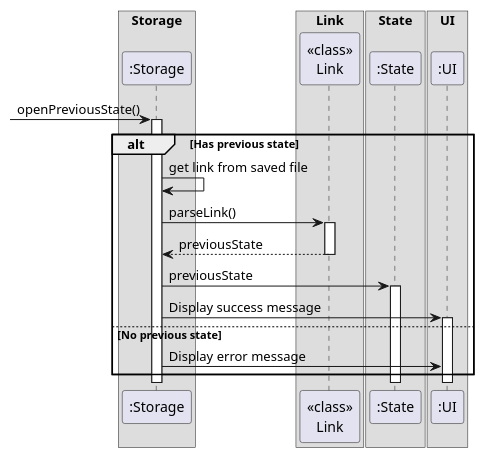
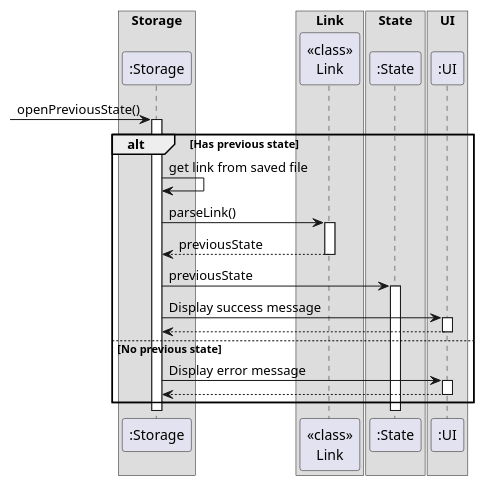
Before and after one commit to nus-cs2113-AY2223S1/tp: the diagram in docs/UMLdiagrams/storageOpenPreviousState.puml, drawn with PlantUML. The commit also changed 6 other files, not shown here.

Commit message:
Add more test and correct uml diagrams

```diff
--- a/docs/UMLdiagrams/storageOpenPreviousState.puml
+++ b/docs/UMLdiagrams/storageOpenPreviousState.puml
@@ -1,31 +1,34 @@
 @startuml
 'https://plantuml.com/sequence-diagram
 box Storage
 Participant ":Storage" as Storage
 end box
 box Link
 Participant "<<class>>\nLink" as Link
 end box
 box State
 Participant ":State" as State
 end box
 box UI
 Participant ":UI" as UI
 end box
 
 ->Storage:openPreviousState()
 activate Storage
 alt Has previous state
     Storage -> Storage: get link from saved file
 
     Storage -> Link ++ : parseLink()
     Link --> Storage -- : previousState
 
     Storage -> State ++ : previousState
     Storage -> UI ++ : Display success message
-
+    UI --> Storage
+    deactivate UI
 else No previous state
-    Storage -> UI : Display error message
+    Storage -> UI ++ : Display error message
+    UI --> Storage
+    deactivate UI
 end
 
 @enduml
```
